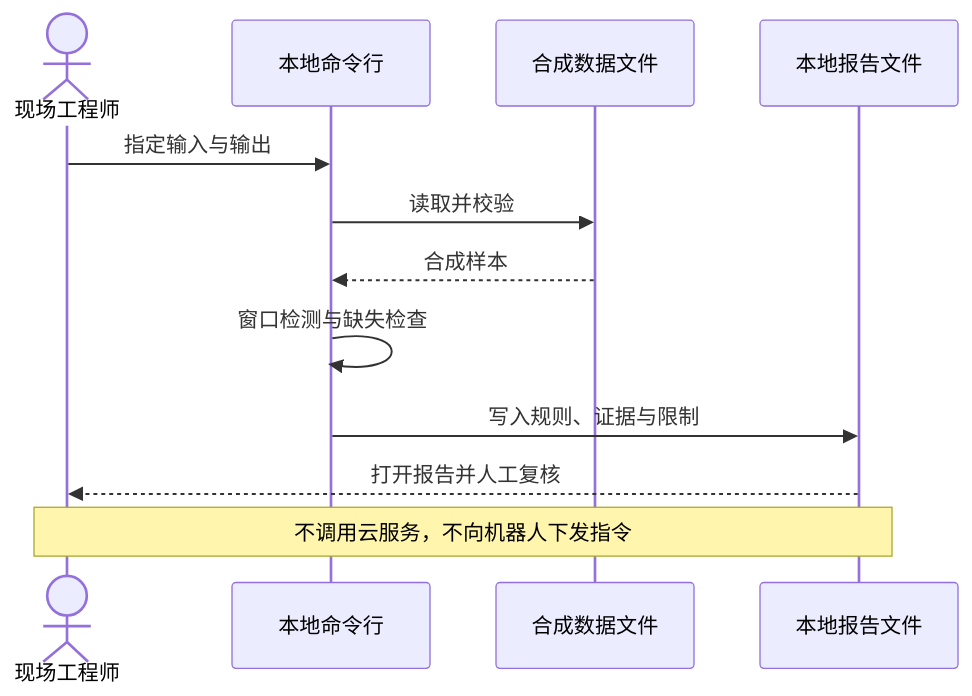
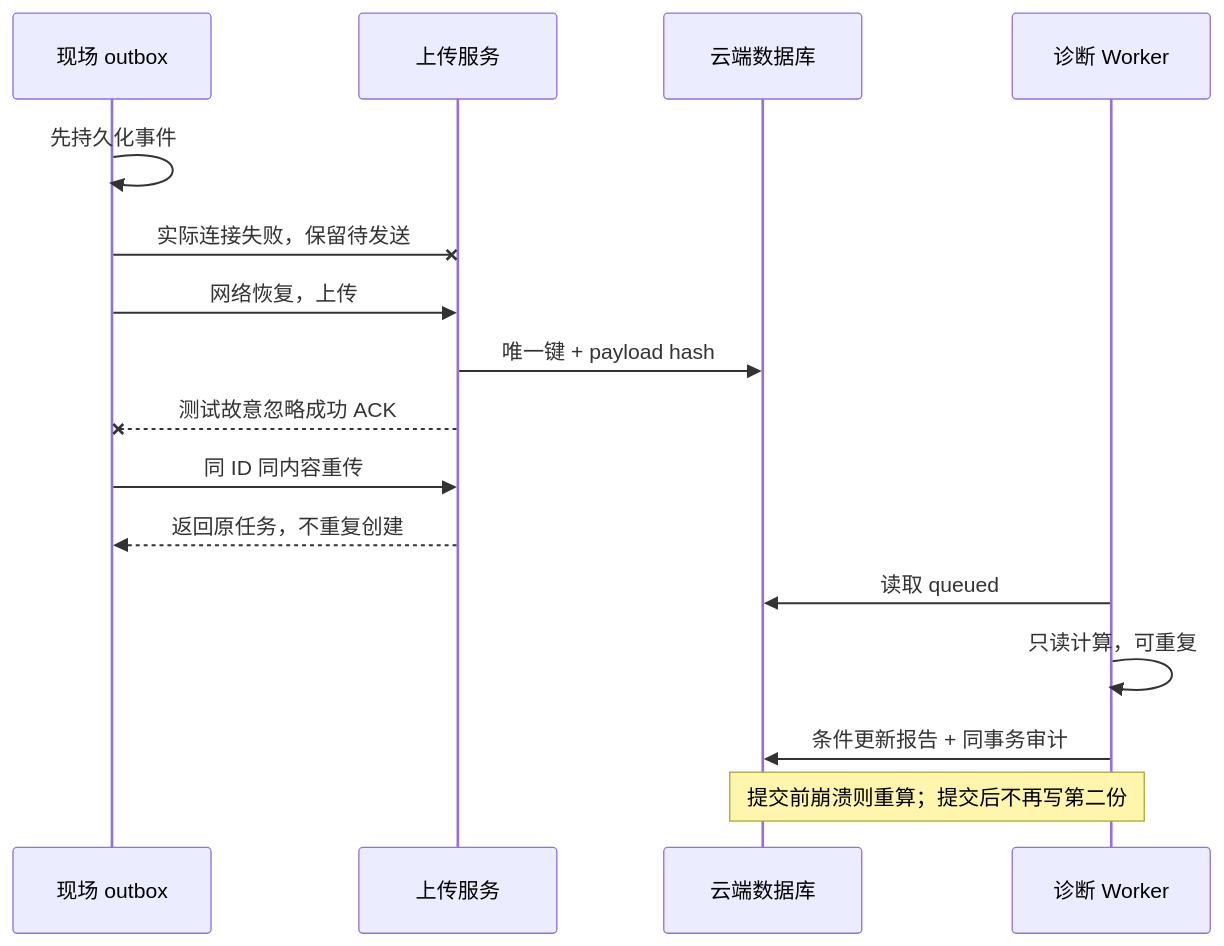
Before and after one commit to cfrs2005/leanagentbook: the second of 2 diagrams in chapters/24-robot-diagnosis.md, drawn with Mermaid. The commit also changed other lines of this file and 99 other files, not shown here.

````diff
--- a/chapters/24-robot-diagnosis.md
+++ b/chapters/24-robot-diagnosis.md
@@ -96,14 +100,18 @@
 ```mermaid
 sequenceDiagram
-    actor Engineer as 现场工程师
-    participant CLI as 本地命令行
-    participant CSV as 合成数据文件
-    participant JSON as 本地报告文件
-    Engineer->>CLI: 指定输入与输出
-    CLI->>CSV: 读取并校验
-    CSV-->>CLI: 合成样本
-    CLI->>CLI: 窗口检测与缺失检查
-    CLI->>JSON: 写入规则、证据与限制
-    JSON-->>Engineer: 打开报告并人工复核
-    Note over Engineer,JSON: 不调用云服务，不向机器人下发指令
+    participant Edge as 现场 outbox
+    participant API as 上传服务
+    participant DB as 云端数据库
+    participant Worker as 诊断 Worker
+    Edge->>Edge: 先持久化事件
+    Edge-xAPI: 实际连接失败，保留待发送
+    Edge->>API: 网络恢复，上传
+    API->>DB: 唯一键 + payload hash
+    API--xEdge: 测试故意忽略成功 ACK
+    Edge->>API: 同 ID 同内容重传
+    API-->>Edge: 返回原任务，不重复创建
+    Worker->>DB: 读取 queued
+    Worker->>Worker: 只读计算，可重复
+    Worker->>DB: 条件更新报告 + 同事务审计
+    Note over Worker,DB: 提交前崩溃则重算；提交后不再写第二份
 ```
````
